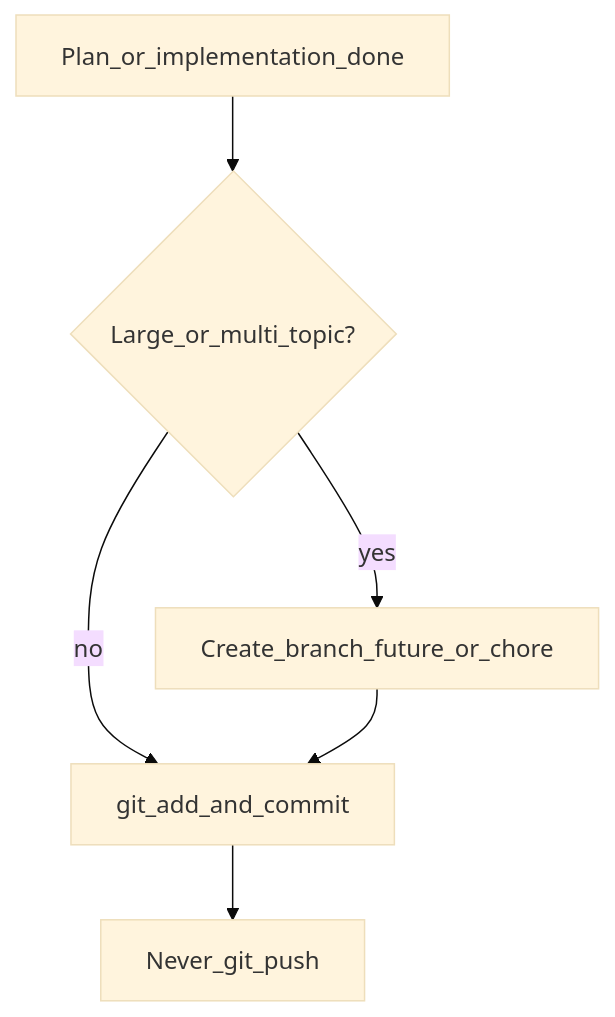
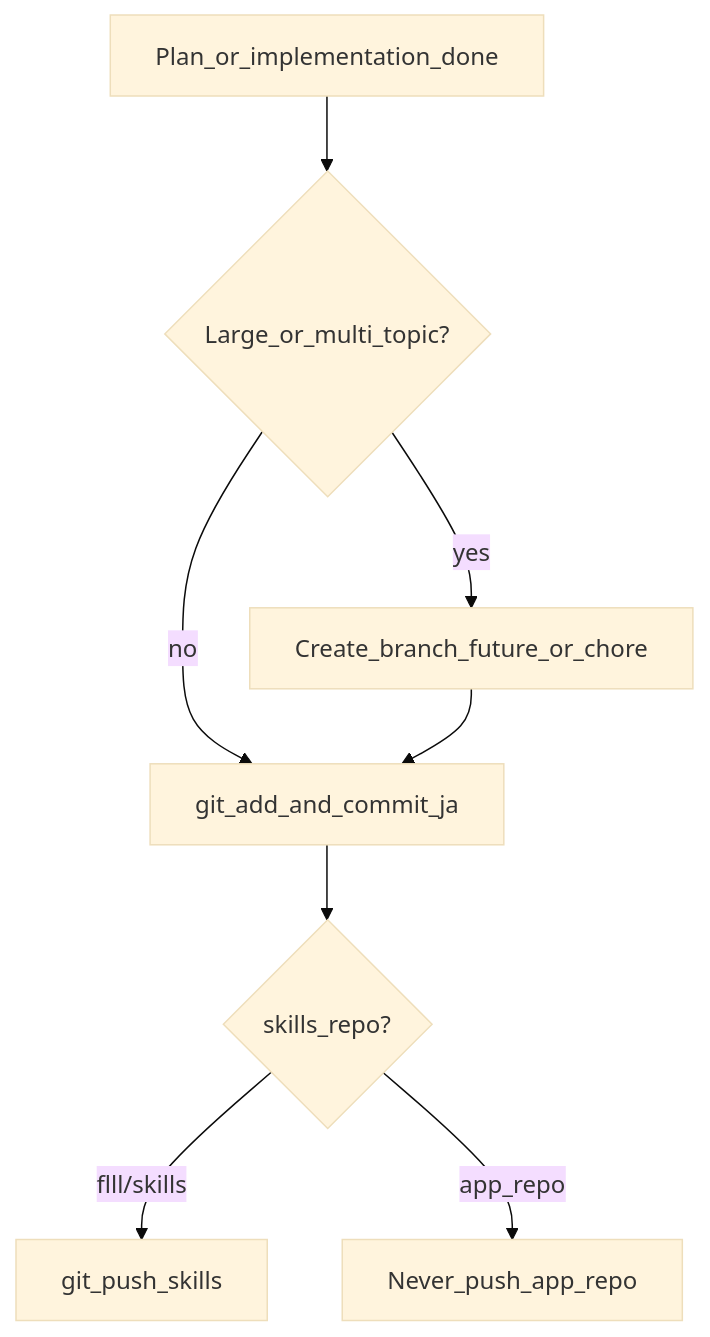
Before and after one commit to flll/skills: the diagram in cursor-workflow/reference.md, drawn with Mermaid (base theme). The commit also changed other lines of this file and 5 other files, not shown here.

First line of the commit message:
skills の同期・検証スクリプトを追加し、日本語コミットと push 方針を明文化した。

````diff
--- a/cursor-workflow/reference.md
+++ b/cursor-workflow/reference.md
@@ -18,12 +27,16 @@
 ```mermaid
 flowchart TD
   done[Plan_or_implementation_done]
   size{Large_or_multi_topic?}
   branch[Create_branch_future_or_chore]
-  commit[git_add_and_commit]
-  nopush[Never_git_push]
+  commit[git_add_and_commit_ja]
+  pushCheck{skills_repo?}
+  pushSkills[git_push_skills]
+  nopush[Never_push_app_repo]
   done --> size
   size -->|no| commit
   size -->|yes| branch --> commit
-  commit --> nopush
+  commit --> pushCheck
+  pushCheck -->|flll/skills| pushSkills
+  pushCheck -->|app_repo| nopush
 ```
````
